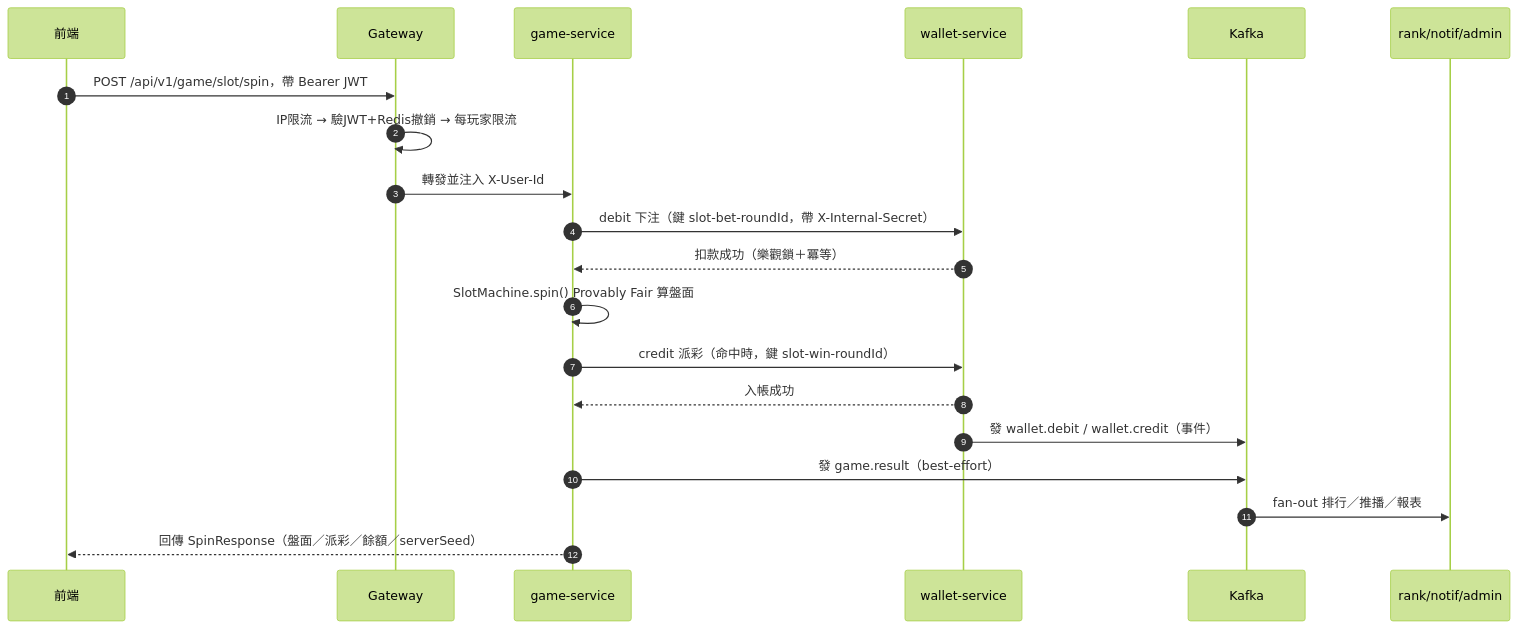
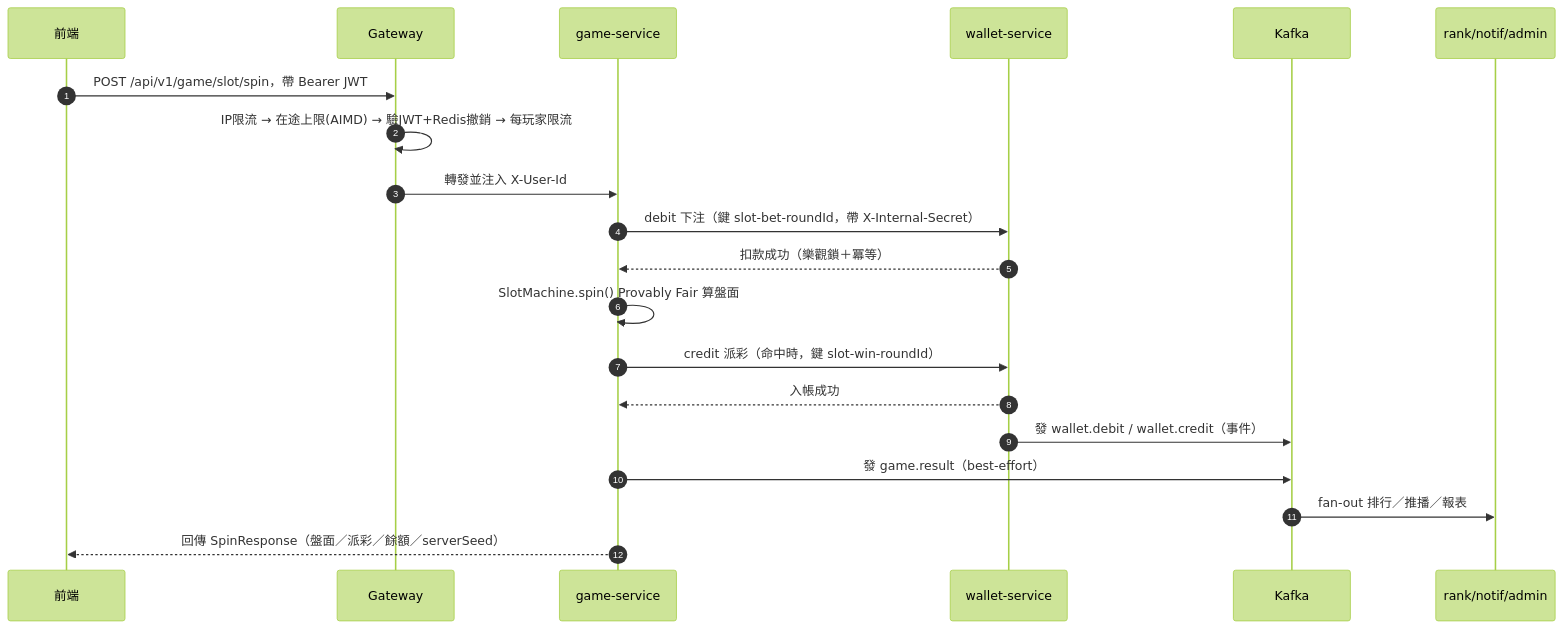
Before and after one commit to opitt2029/Lucky_Star_Casino: the third of 3 diagrams in docs/interview-prep/10-API串接與架構.md, drawn with Mermaid (forest theme). The commit also changed other lines of this file and 10 other files, not shown here.

````diff
--- a/docs/interview-prep/10-API串接與架構.md
+++ b/docs/interview-prep/10-API串接與架構.md
@@ -397,22 +401,22 @@
 ```mermaid
 sequenceDiagram
     autonumber
     participant F as 前端
     participant GW as Gateway
     participant GM as game-service
     participant WL as wallet-service
     participant KF as Kafka
     participant DS as rank/notif/admin
     F->>GW: POST /api/v1/game/slot/spin，帶 Bearer JWT
-    GW->>GW: IP限流 → 驗JWT+Redis撤銷 → 每玩家限流
+    GW->>GW: IP限流 → 在途上限(AIMD) → 驗JWT+Redis撤銷 → 每玩家限流
     GW->>GM: 轉發並注入 X-User-Id
     GM->>WL: debit 下注（鍵 slot-bet-roundId，帶 X-Internal-Secret）
     WL-->>GM: 扣款成功（樂觀鎖＋冪等）
     GM->>GM: SlotMachine.spin() Provably Fair 算盤面
     GM->>WL: credit 派彩（命中時，鍵 slot-win-roundId）
     WL-->>GM: 入帳成功
     WL->>KF: 發 wallet.debit / wallet.credit（事件）
     GM->>KF: 發 game.result（best-effort）
     KF->>DS: fan-out 排行／推播／報表
     GM-->>F: 回傳 SpinResponse（盤面／派彩／餘額／serverSeed）
 ```
````
